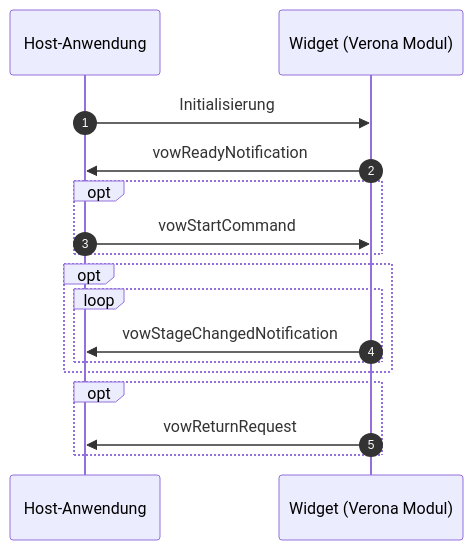
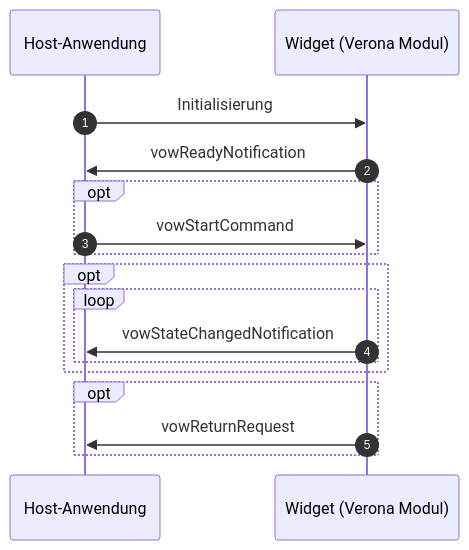
The diagram in widget-docs/index.qmd (verona-interfaces/verona-interfaces.github.io), drawn with Mermaid before and after one commit. The commit also changed other lines of this file and 4 other files, not shown here.

````diff
--- a/widget-docs/index.qmd
+++ b/widget-docs/index.qmd
@@ -30,19 +31,19 @@
 ```{mermaid}
 sequenceDiagram
     autonumber
     participant HA as Host-Anwendung
     participant VM as Widget (Verona Modul)
     HA->>VM:Initialisierung
     VM->>HA:vowReadyNotification
     opt
         HA->>VM:vowStartCommand
     end
     opt
         loop
-            VM->>HA:vowStageChangedNotification
+            VM->>HA:vowStateChangedNotification
         end
     end
     opt
         VM->>HA:vowReturnRequest
     end
 ```
````
